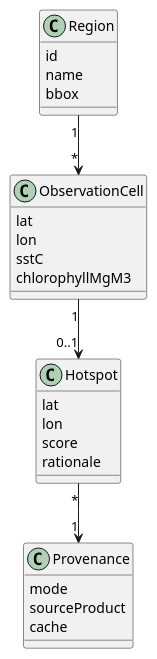
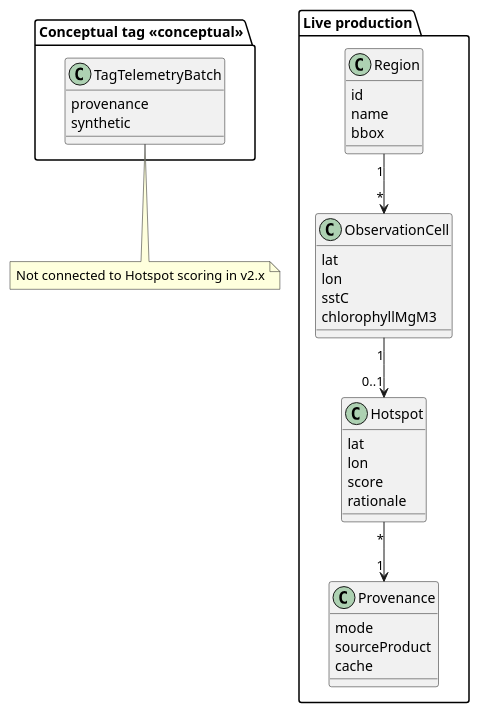
The diagram in docs/architecture/uml/07-class.puml (gunnchOS3k/FINDS-Sharks-From-Space), drawn with PlantUML before and after one commit. The commit also changed 18 other files, not shown here.

```diff
--- a/docs/architecture/uml/07-class.puml
+++ b/docs/architecture/uml/07-class.puml
@@ -1,27 +1,38 @@
 @startuml finds-domain
-class Region {
-  id
-  name
-  bbox
+package "Live production" {
+  class Region {
+    id
+    name
+    bbox
+  }
+  class ObservationCell {
+    lat
+    lon
+    sstC
+    chlorophyllMgM3
+  }
+  class Hotspot {
+    lat
+    lon
+    score
+    rationale
+  }
+  class Provenance {
+    mode
+    sourceProduct
+    cache
+  }
+  Region "1" --> "*" ObservationCell
+  ObservationCell "1" --> "0..1" Hotspot
+  Hotspot "*" --> "1" Provenance
 }
-class ObservationCell {
-  lat
-  lon
-  sstC
-  chlorophyllMgM3
+package "Conceptual tag <<conceptual>>" {
+  class TagTelemetryBatch {
+    provenance
+    synthetic
+  }
 }
-class Hotspot {
-  lat
-  lon
-  score
-  rationale
-}
-class Provenance {
-  mode
-  sourceProduct
-  cache
-}
-Region "1" --> "*" ObservationCell
-ObservationCell "1" --> "0..1" Hotspot
-Hotspot "*" --> "1" Provenance
+note bottom of TagTelemetryBatch
+  Not connected to Hotspot scoring in v2.x
+end note
 @enduml
```
